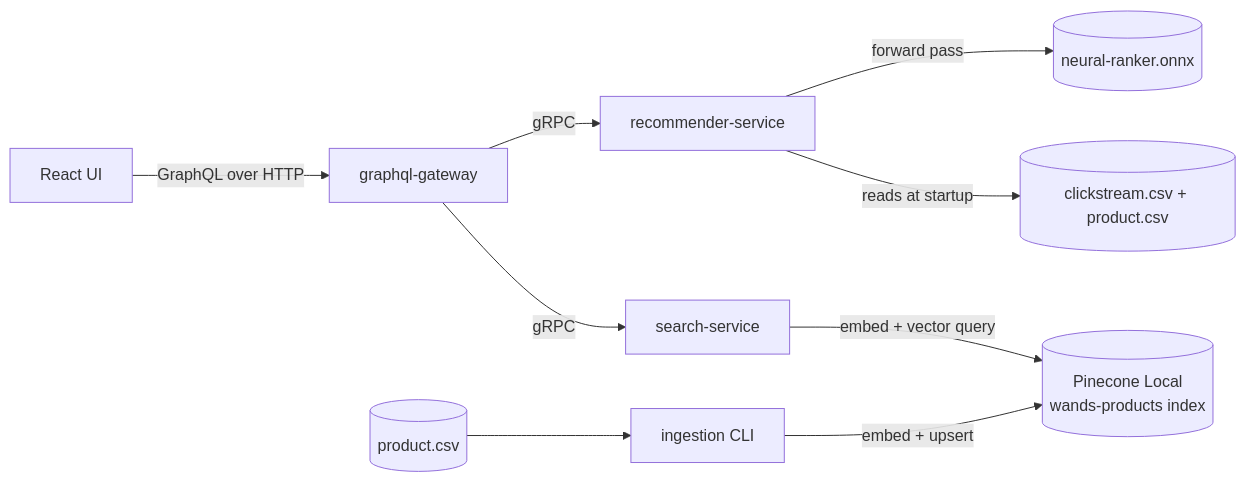
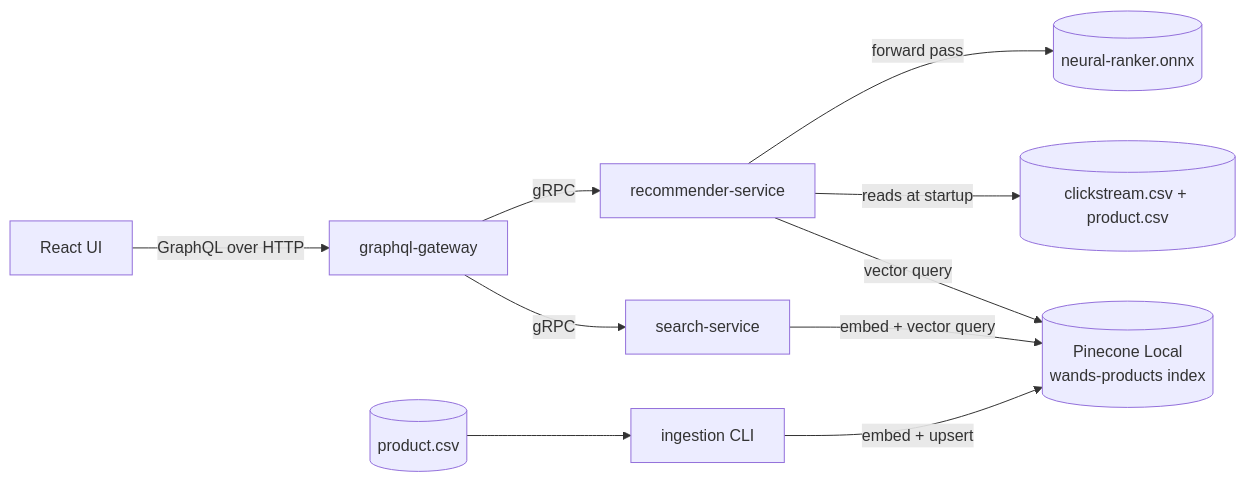
One commit to avantiwhenever/recommendation-engine changed the diagram in README.md. Above: the diagram before and after it, drawn with Mermaid. The commit also changed other lines of this file and 30 other files, not shown here.

````diff
--- a/README.md
+++ b/README.md
@@ -205,11 +176,12 @@
 ```mermaid
 flowchart LR
     ui[React UI] -- GraphQL over HTTP --> gw[graphql-gateway]
     gw -- gRPC --> ss[search-service]
     gw -- gRPC --> rs[recommender-service]
     ss -- embed + vector query --> pc[(Pinecone Local<br/>wands-products index)]
+    rs -- vector query --> pc
     rs -- reads at startup --> cs[(clickstream.csv + product.csv)]
     rs -- forward pass --> onnx[(neural-ranker.onnx)]
     ingest[ingestion CLI] -- embed + upsert --> pc
     wands[(product.csv)] --> ingest
 ```
````
